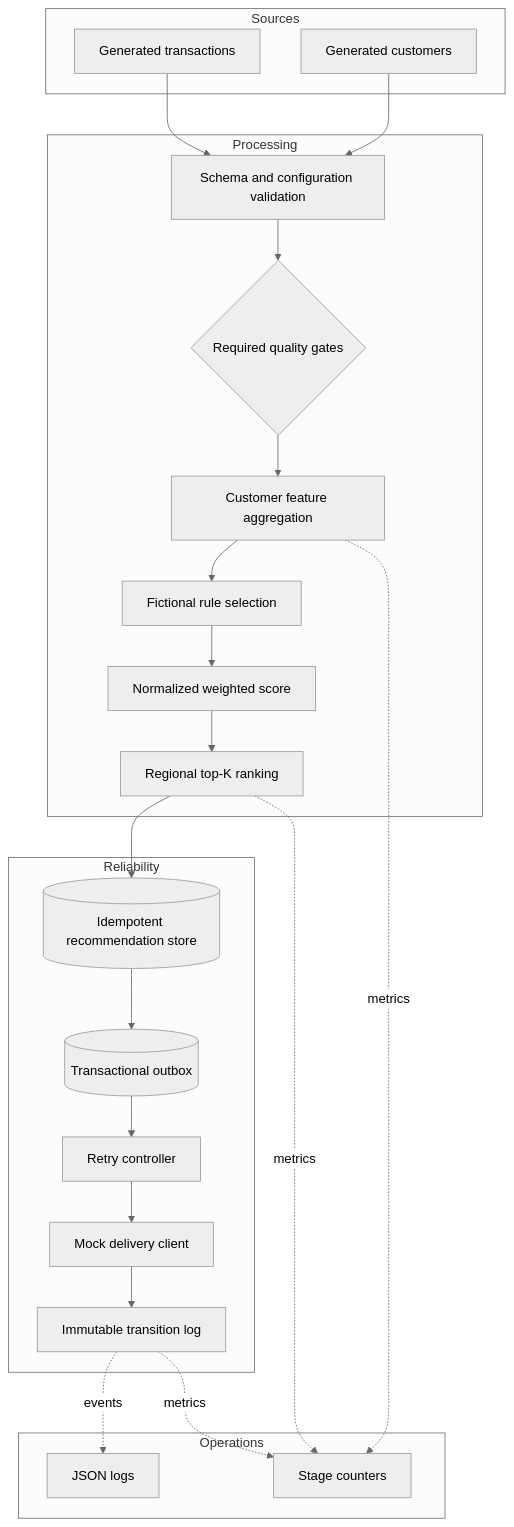
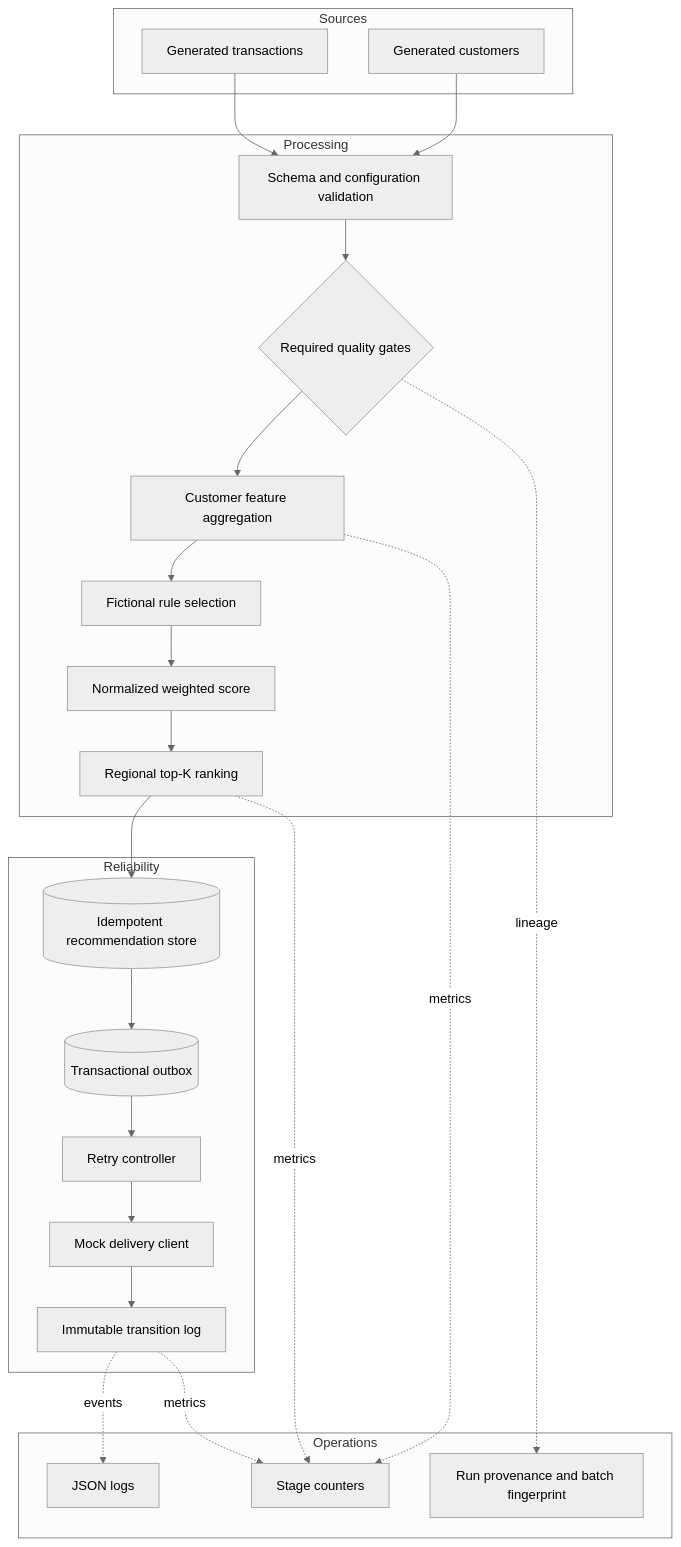
One commit to gabrafur/customer-engagement-data-platform changed the diagram in docs/architecture.md. Above: the diagram before and after it, drawn with Mermaid (neutral theme). The commit also changed other lines of this file and 17 other files, not shown here.

````diff
--- a/docs/architecture.md
+++ b/docs/architecture.md
@@ -5,37 +5,39 @@
 ```mermaid
 flowchart TB
     subgraph Sources
         C[Generated customers]
         T[Generated transactions]
     end
 
     subgraph Processing
         V[Schema and configuration validation]
         G{Required quality gates}
         F[Customer feature aggregation]
         R[Fictional rule selection]
         S[Normalized weighted score]
         K[Regional top-K ranking]
     end
 
     subgraph Reliability
         D[(Idempotent recommendation store)]
         O[(Transactional outbox)]
         M[Mock delivery client]
         Y[Retry controller]
         X[Immutable transition log]
     end
 
     subgraph Operations
         L[JSON logs]
         Q[Stage counters]
+        P[Run provenance and batch fingerprint]
     end
 
     C --> V
     T --> V
     V --> G --> F --> R --> S --> K --> D --> O --> Y --> M --> X
     F -. metrics .-> Q
     K -. metrics .-> Q
     X -. metrics .-> Q
     X -. events .-> L
+    G -. lineage .-> P
 ```
````
